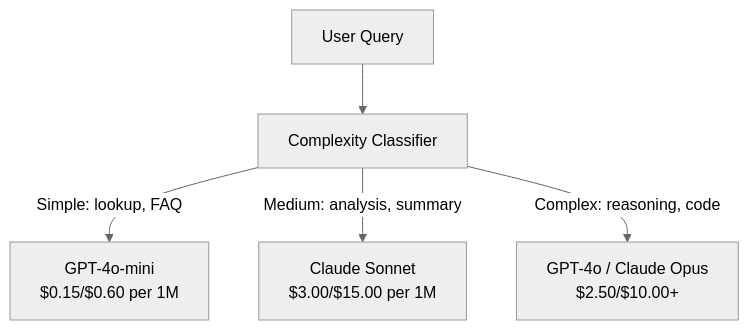
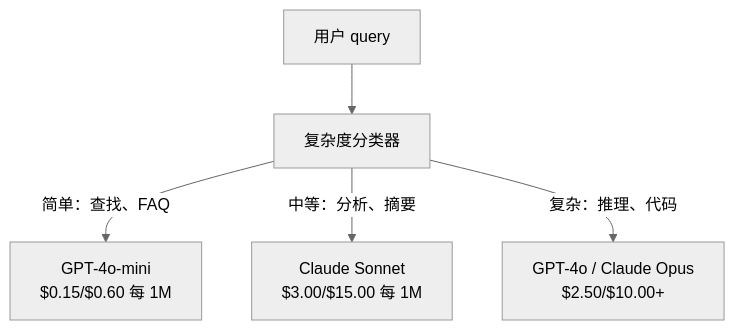
Before and after one commit to JerryC8080/ai-engineering-from-scratch-zh: the third of 3 diagrams in phases/11-llm-engineering/11-caching-cost/docs/zh.md, drawn with Mermaid (neutral theme). The commit also changed other lines of this file and 156 other files, not shown here.

First line of the commit message:
i18n(zh): translate mermaid diagram labels in 157 lesson zh.md

````diff
--- a/phases/11-llm-engineering/11-caching-cost/docs/zh.md
+++ b/phases/11-llm-engineering/11-caching-cost/docs/zh.md
@@ -128,7 +128,7 @@
 ```mermaid
 flowchart TD
-    A[User Query] --> B[Complexity Classifier]
-    B -->|Simple: lookup, FAQ| C[GPT-4o-mini<br/>$0.15/$0.60 per 1M]
-    B -->|Medium: analysis, summary| D[Claude Sonnet<br/>$3.00/$15.00 per 1M]
-    B -->|Complex: reasoning, code| E[GPT-4o / Claude Opus<br/>$2.50/$10.00+]
+    A[用户 query] --> B[复杂度分类器]
+    B -->|简单：查找、FAQ| C[GPT-4o-mini<br/>$0.15/$0.60 每 1M]
+    B -->|中等：分析、摘要| D[Claude Sonnet<br/>$3.00/$15.00 每 1M]
+    B -->|复杂：推理、代码| E[GPT-4o / Claude Opus<br/>$2.50/$10.00+]
 ```
````
